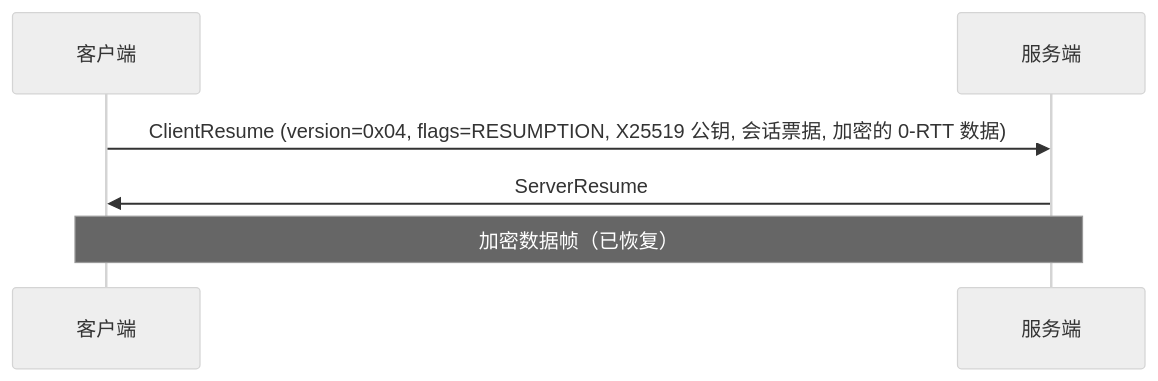
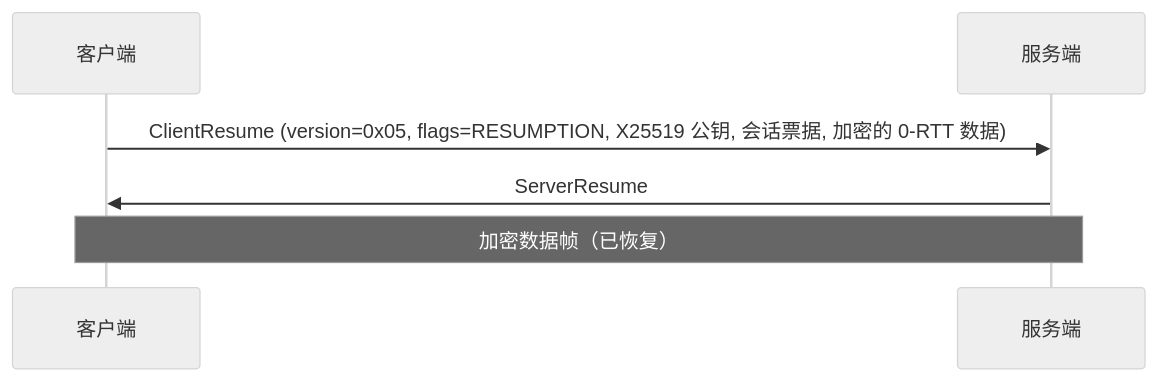
Before and after one commit to prisma-proxy/prisma: the second of 2 diagrams in prisma-docs/i18n/zh-Hans/docusaurus-plugin-content-docs/current/security/prismaveil-protocol.md, drawn with Mermaid (neutral theme). The commit also changed other lines of this file and 216 other files, not shown here.

````diff
--- a/prisma-docs/i18n/zh-Hans/docusaurus-plugin-content-docs/current/security/prismaveil-protocol.md
+++ b/prisma-docs/i18n/zh-Hans/docusaurus-plugin-content-docs/current/security/prismaveil-protocol.md
@@ -72,9 +72,9 @@
 ```mermaid
 sequenceDiagram
     participant C as 客户端
     participant S as 服务端
 
-    C->>S: ClientResume (version=0x04, flags=RESUMPTION, X25519 公钥, 会话票据, 加密的 0-RTT 数据)
+    C->>S: ClientResume (version=0x05, flags=RESUMPTION, X25519 公钥, 会话票据, 加密的 0-RTT 数据)
     S->>C: ServerResume
     Note over C,S: 加密数据帧（已恢复）
 ```
````
